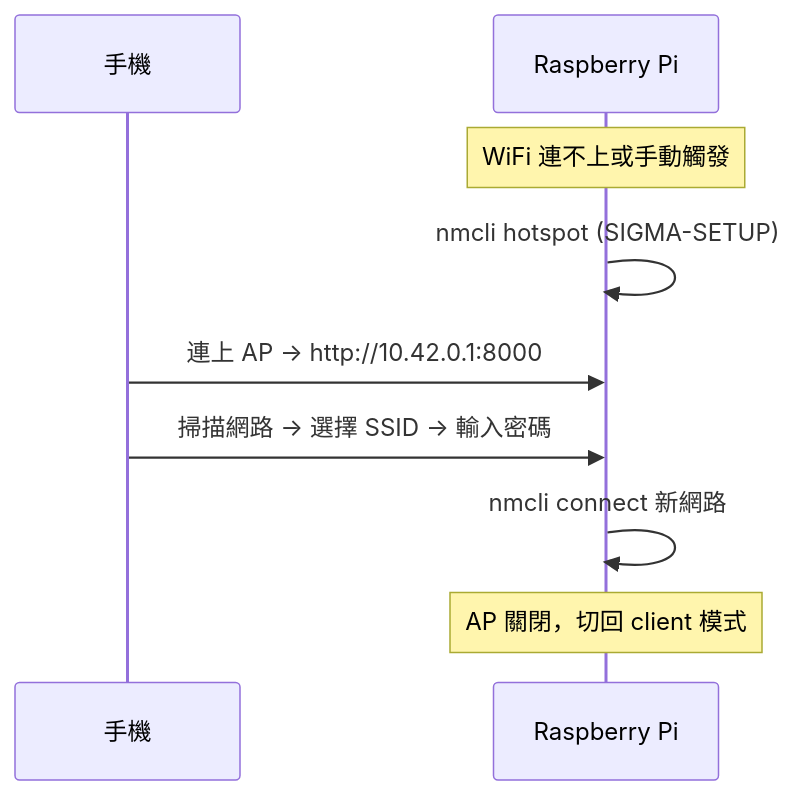
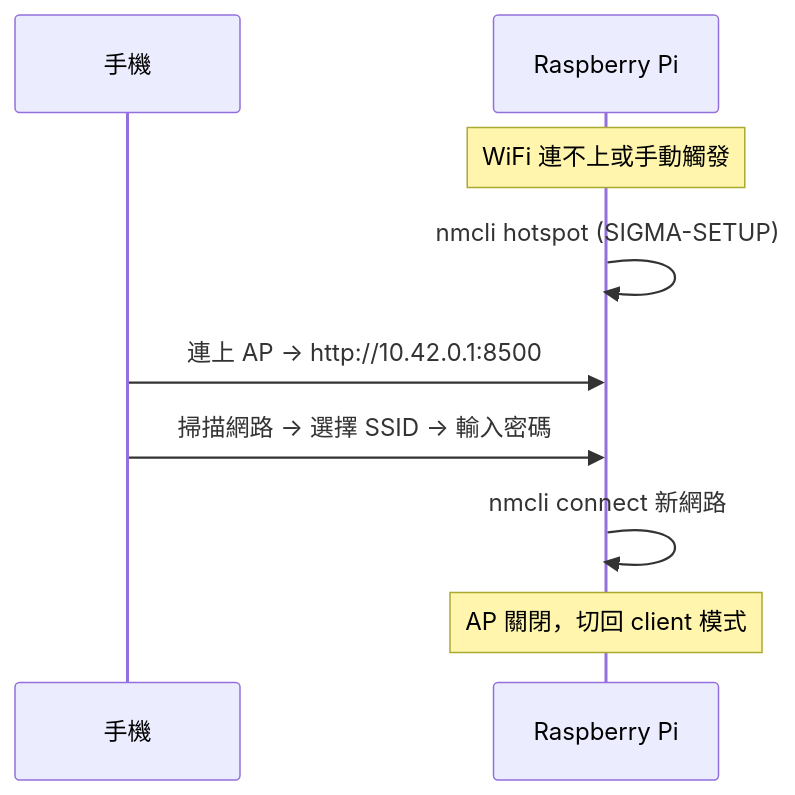
The fourth of 4 diagrams in README.md (Sigma-Snaken/sigma-button-controller), drawn with Mermaid before and after one commit. The commit also changed other lines of this file and 9 other files, not shown here.

````diff
--- a/README.md
+++ b/README.md
@@ -107,12 +107,12 @@
 ```mermaid
 sequenceDiagram
     participant U as 手機
     participant Pi as Raspberry Pi
 
     Note over Pi: WiFi 連不上或手動觸發
     Pi->>Pi: nmcli hotspot (SIGMA-SETUP)
-    U->>Pi: 連上 AP → http://10.42.0.1:8000
+    U->>Pi: 連上 AP → http://10.42.0.1:8500
     U->>Pi: 掃描網路 → 選擇 SSID → 輸入密碼
     Pi->>Pi: nmcli connect 新網路
     Note over Pi: AP 關閉，切回 client 模式
 ```
````
